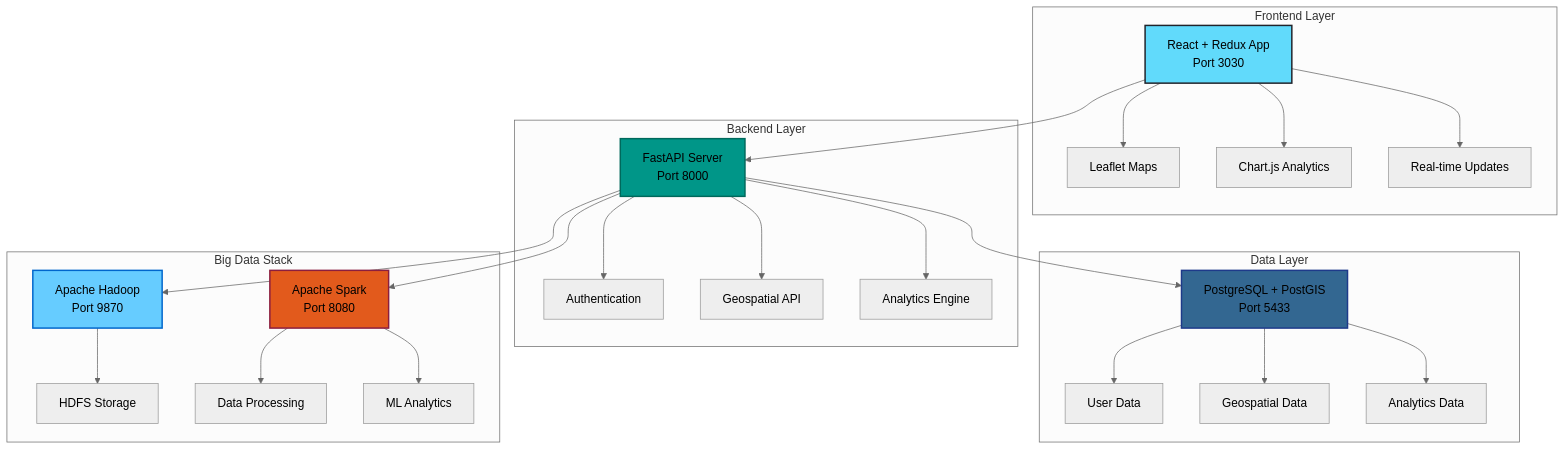
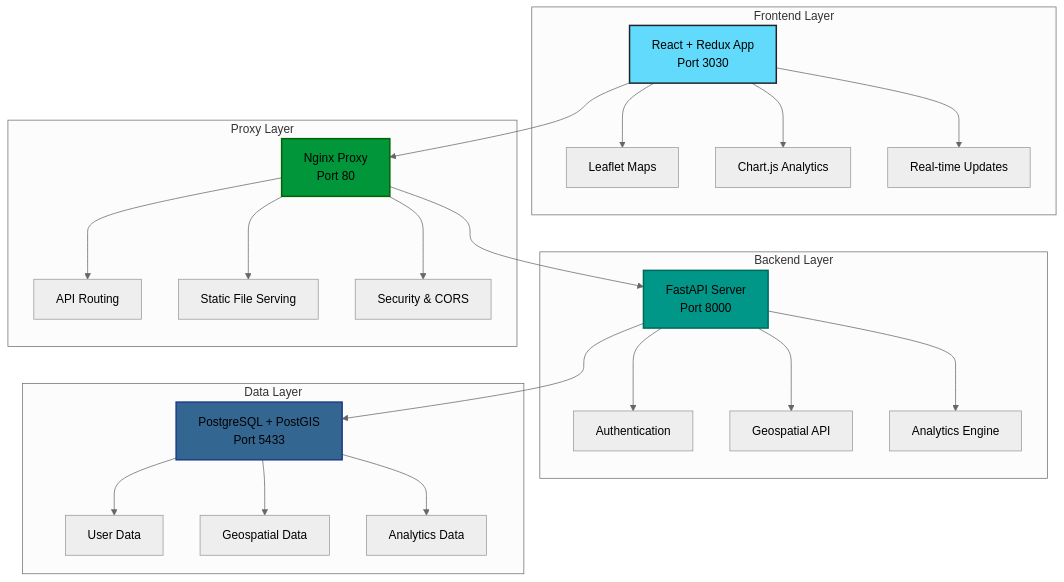
The diagram in README.md (Aditya-gam/Navigate-LA-28), drawn with Mermaid (neutral theme) before and after one commit. The commit also changed other lines of this file and 47 other files, not shown here.

First line of the commit message:
feat: Remove big data stack and simplify architecture to single VM with Docker Compose

````diff
--- a/README.md
+++ b/README.md
@@ -60,37 +59,35 @@
 ```mermaid
 graph TB
     subgraph "Frontend Layer"
         A[React + Redux App<br/>Port 3030] --> B[Leaflet Maps]
         A --> C[Chart.js Analytics]
         A --> D[Real-time Updates]
     end
     
     subgraph "Backend Layer"
         E[FastAPI Server<br/>Port 8000] --> F[Authentication]
         E --> G[Geospatial API]
         E --> H[Analytics Engine]
     end
     
     subgraph "Data Layer"
         I[PostgreSQL + PostGIS<br/>Port 5433] --> J[User Data]
         I --> K[Geospatial Data]
         I --> L[Analytics Data]
     end
     
-    subgraph "Big Data Stack"
-        M[Apache Hadoop<br/>Port 9870] --> N[HDFS Storage]
-        O[Apache Spark<br/>Port 8080] --> P[Data Processing]
-        O --> Q[ML Analytics]
+    subgraph "Proxy Layer"
+        M[Nginx Proxy<br/>Port 80] --> N[API Routing]
+        M --> O[Static File Serving]
+        M --> P[Security & CORS]
     end
     
-    A --> E
+    A --> M
+    M --> E
     E --> I
-    E --> M
-    E --> O
     
     style A fill:#61DAFB,stroke:#20232a,stroke-width:2px
     style E fill:#009688,stroke:#00695C,stroke-width:2px
     style I fill:#336791,stroke:#1e3a8a,stroke-width:2px
-    style M fill:#66CCFF,stroke:#0066CC,stroke-width:2px
-    style O fill:#E25A1C,stroke:#8B1E3F,stroke-width:2px
+    style M fill:#009639,stroke:#006400,stroke-width:2px
 ```
````
